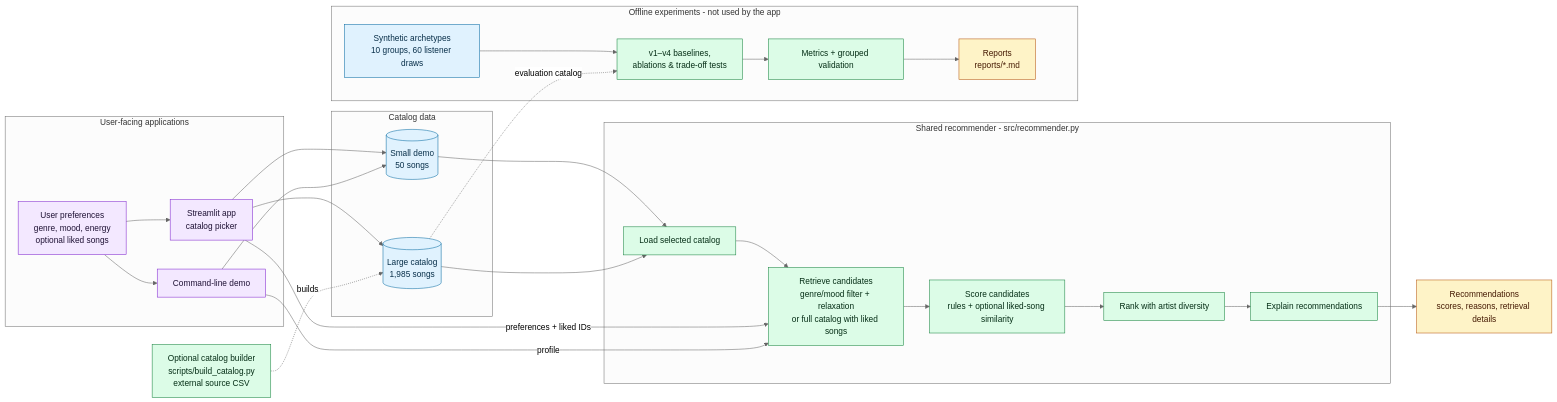
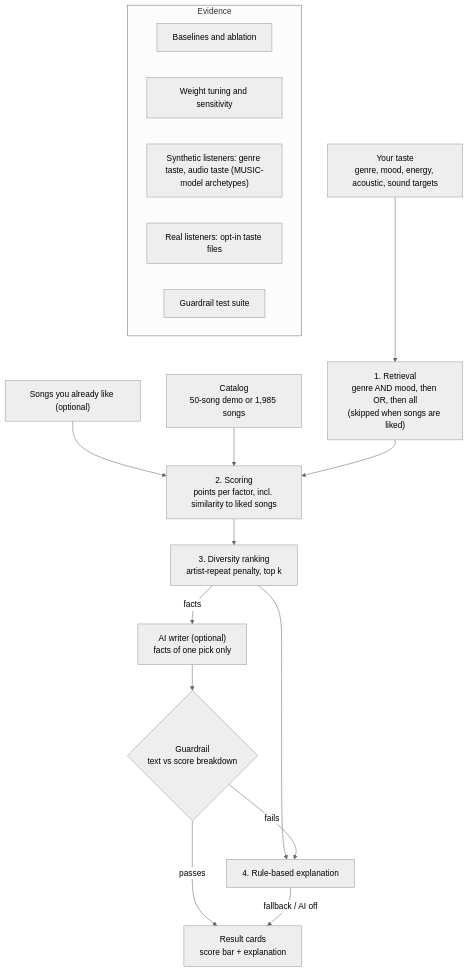
One commit to nifemifabunmi/applied-ai-system changed the diagram in diagrams/architecture.mmd. Above: the diagram before and after it, drawn with Mermaid (neutral theme). The commit also changed 39 other files, not shown here.

First line of the commit message:
Add v5 guarded explanations and listener evaluation

```diff
--- a/diagrams/architecture.mmd
+++ b/diagrams/architecture.mmd
@@ -1,52 +1,28 @@
-flowchart LR
-    subgraph User["User-facing applications"]
-        U["User preferences<br/>genre, mood, energy<br/>optional liked songs"]
-        APP["Streamlit app<br/>catalog picker"]
-        CLI["Command-line demo"]
-        U --> APP
-        U --> CLI
+flowchart TD
+    taste["Your taste<br/>genre, mood, energy, acoustic, sound targets"]
+    liked["Songs you already like (optional)"]
+    catalog["Catalog<br/>50-song demo or 1,985 songs"]
+    retr["1. Retrieval<br/>genre AND mood, then OR, then all<br/>(skipped when songs are liked)"]
+    score["2. Scoring<br/>points per factor, incl. similarity to liked songs"]
+    div["3. Diversity ranking<br/>artist-repeat penalty, top k"]
+    rules["4. Rule-based explanation"]
+    llm["AI writer (optional)<br/>facts of one pick only"]
+    guard{"Guardrail<br/>text vs score breakdown"}
+    cards["Result cards<br/>score bar + explanation"]
+
+    taste --> retr
+    liked --> score
+    catalog --> score
+    retr --> score --> div --> rules
+    div -- facts --> llm --> guard
+    guard -- passes --> cards
+    guard -- fails --> rules
+    rules -- fallback / AI off --> cards
+
+    subgraph Evidence
+      e1["Baselines and ablation"]
+      e2["Weight tuning and sensitivity"]
+      e3["Synthetic listeners: genre taste, audio taste (MUSIC-model archetypes)"]
+      e4["Real listeners: opt-in taste files"]
+      e5["Guardrail test suite"]
     end
-
-    subgraph Data["Catalog data"]
-        SMALL[("Small demo<br/>50 songs")]
-        LARGE[("Large catalog<br/>1,985 songs")]
-        APP --> SMALL
-        APP --> LARGE
-        CLI --> SMALL
-    end
-
-    subgraph Core["Shared recommender - src/recommender.py"]
-        LOAD["Load selected catalog"]
-        RETRIEVE["Retrieve candidates<br/>genre/mood filter + relaxation<br/>or full catalog with liked songs"]
-        SCORE["Score candidates<br/>rules + optional liked-song similarity"]
-        DIVERSE["Rank with artist diversity"]
-        EXPLAIN["Explain recommendations"]
-        LOAD --> RETRIEVE --> SCORE --> DIVERSE --> EXPLAIN
-    end
-
-    SMALL --> LOAD
-    LARGE --> LOAD
-    APP -->|"preferences + liked IDs"| RETRIEVE
-    CLI -->|"profile"| RETRIEVE
-    EXPLAIN --> OUT["Recommendations<br/>scores, reasons, retrieval details"]
-
-    subgraph Evaluation["Offline experiments - not used by the app"]
-        ARCH["Synthetic archetypes<br/>10 groups, 60 listener draws"]
-        EXP["v1–v4 baselines,<br/>ablations & trade-off tests"]
-        METRICS["Metrics + grouped validation"]
-        REPORT["Reports<br/>reports/*.md"]
-        ARCH --> EXP --> METRICS --> REPORT
-        LARGE -. "evaluation catalog" .-> EXP
-    end
-
-    BUILD["Optional catalog builder<br/>scripts/build_catalog.py<br/>external source CSV"]
-    BUILD -. "builds" .-> LARGE
-
-    classDef input fill:#f3e8ff,stroke:#7e22ce,color:#1f1235
-    classDef data fill:#e0f2fe,stroke:#0369a1,color:#082f49
-    classDef process fill:#dcfce7,stroke:#15803d,color:#052e16
-    classDef output fill:#fef3c7,stroke:#b45309,color:#451a03
-    class U,APP,CLI input
-    class SMALL,LARGE,ARCH data
-    class LOAD,RETRIEVE,SCORE,DIVERSE,EXPLAIN,EXP,METRICS,BUILD process
-    class OUT,REPORT output
```
